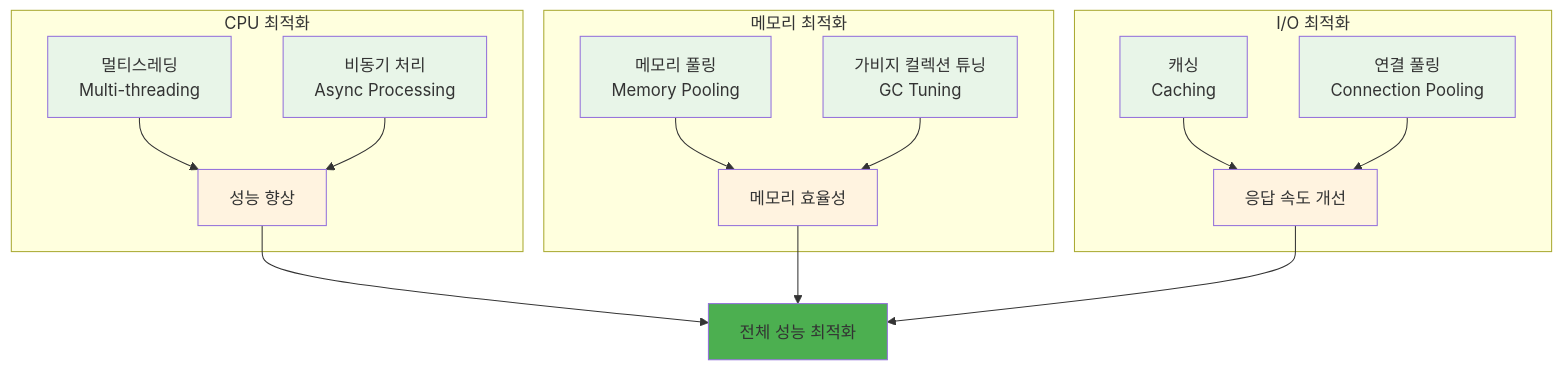
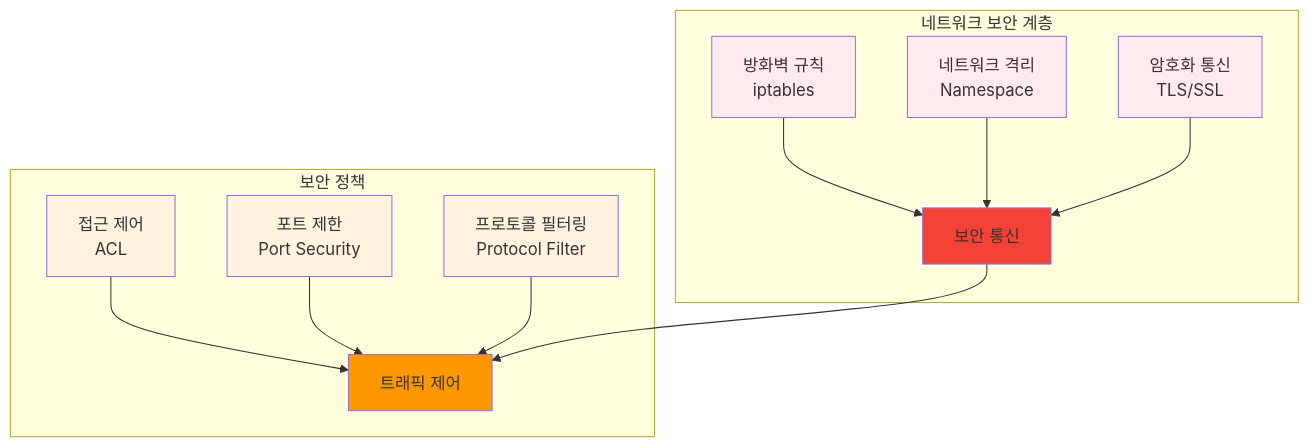
One commit to niceguy61/kdt_devops_lecture_2025 changed the third of 3 diagrams in theory/week_02/day3/session_2.md. Above: the diagram before and after it, drawn with Mermaid. The commit also changed other lines of this file and 7 other files, not shown here.

````diff
--- a/theory/week_02/day3/session_2.md
+++ b/theory/week_02/day3/session_2.md
@@ -153,32 +183,25 @@
 ```mermaid
 graph TB
-    subgraph "CPU 최적화"
-        A[멀티스레딩<br/>Multi-threading] --> D[성능 향상]
-        B[비동기 처리<br/>Async Processing] --> D
+    subgraph "네트워크 보안 계층"
+        A[방화벽 규칙<br/>iptables] --> D[보안 통신]
+        B[네트워크 격리<br/>Namespace] --> D
+        C[암호화 통신<br/>TLS/SSL] --> D
     end
     
-    subgraph "메모리 최적화"
-        C[메모리 풀링<br/>Memory Pooling] --> E[메모리 효율성]
-        F[가비지 컬렉션 튜닝<br/>GC Tuning] --> E
+    subgraph "보안 정책"
+        E[접근 제어<br/>ACL] --> F[트래픽 제어]
+        G[포트 제한<br/>Port Security] --> F
+        H[프로토콜 필터링<br/>Protocol Filter] --> F
     end
     
-    subgraph "I/O 최적화"
-        G[캐싱<br/>Caching] --> H[응답 속도 개선]
-        I[연결 풀링<br/>Connection Pooling] --> H
-    end
+    D --> F
     
-    D --> J[전체 성능 최적화]
-    E --> J
-    H --> J
-    
-    style A fill:#e8f5e8
-    style B fill:#e8f5e8
-    style C fill:#e8f5e8
-    style D fill:#fff3e0
+    style A fill:#ffebee
+    style B fill:#ffebee
+    style C fill:#ffebee
+    style D fill:#f44336
     style E fill:#fff3e0
-    style F fill:#e8f5e8
-    style G fill:#e8f5e8
+    style G fill:#fff3e0
     style H fill:#fff3e0
-    style I fill:#e8f5e8
-    style J fill:#4caf50
+    style F fill:#ff9800
 ```
````
